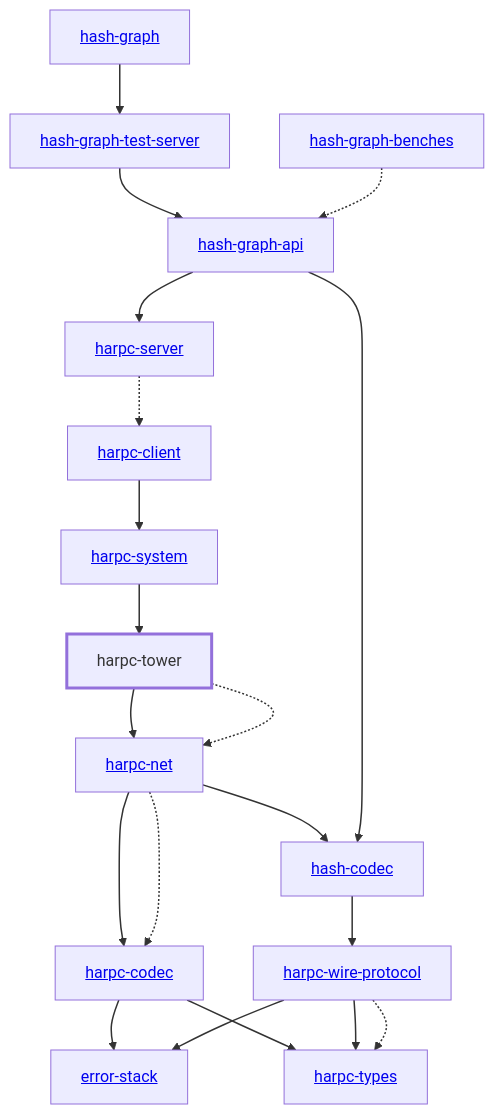
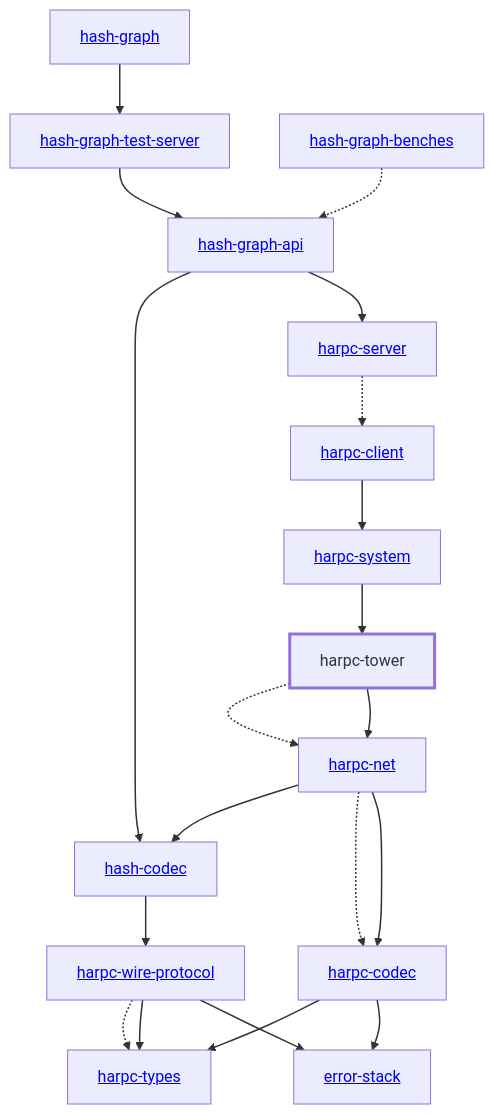
The diagram in libs/@local/harpc/tower/docs/dependency-diagram.mmd (hashintel/hash), drawn with Mermaid before and after one commit. The commit also changed 34 other files, not shown here.

Commit message:
chore: update dependency diagrams

```diff
--- a/libs/@local/harpc/tower/docs/dependency-diagram.mmd
+++ b/libs/@local/harpc/tower/docs/dependency-diagram.mmd
@@ -1,44 +1,44 @@
 graph TD
     linkStyle default stroke-width:1.5px
     classDef default stroke-width:1px
     classDef root stroke-width:3px
     classDef dev stroke-width:1px
     classDef build stroke-width:1px
     %% Legend
     %% --> : Normal dependency
     %% -.-> : Dev dependency
     %% ---> : Build dependency
-    0[harpc-tower]
-    class 0 root
-    1[<a href="../harpc_types/index.html">harpc-types</a>]
-    2[<a href="../harpc_wire_protocol/index.html">harpc-wire-protocol</a>]
-    3[<a href="../hash_codec/index.html">hash-codec</a>]
-    4[<a href="../hash_graph/index.html">hash-graph</a>]
-    5[<a href="../hash_graph_api/index.html">hash-graph-api</a>]
-    6[<a href="../hash_graph_test_server/index.html">hash-graph-test-server</a>]
-    7[<a href="../error_stack/index.html">error-stack</a>]
-    8[<a href="../hash_graph_benches/index.html">hash-graph-benches</a>]
-    9[<a href="../harpc_client/index.html">harpc-client</a>]
-    10[<a href="../harpc_codec/index.html">harpc-codec</a>]
-    11[<a href="../harpc_net/index.html">harpc-net</a>]
-    12[<a href="../harpc_server/index.html">harpc-server</a>]
-    13[<a href="../harpc_system/index.html">harpc-system</a>]
+    0[<a href="../hash_graph">hash-graph</a>]
+    1[<a href="../hash_codec">hash-codec</a>]
+    2[<a href="../hash_graph_api">hash-graph-api</a>]
+    3[<a href="../hash_graph_test_server">hash-graph-test-server</a>]
+    4[<a href="../harpc_client">harpc-client</a>]
+    5[<a href="../harpc_codec">harpc-codec</a>]
+    6[<a href="../harpc_net">harpc-net</a>]
+    7[<a href="../harpc_server">harpc-server</a>]
+    8[<a href="../harpc_system">harpc-system</a>]
+    9[harpc-tower]
+    class 9 root
+    10[<a href="../harpc_types">harpc-types</a>]
+    11[<a href="../harpc_wire_protocol">harpc-wire-protocol</a>]
+    12[<a href="../error_stack">error-stack</a>]
+    13[<a href="../hash_graph_benches">hash-graph-benches</a>]
+    0 --> 3
+    1 --> 11
+    2 --> 1
+    2 --> 7
+    3 --> 2
+    4 --> 8
+    5 --> 10
     5 --> 12
-    9 --> 13
-    10 --> 7
-    10 --> 1
+    6 --> 1
+    6 -.-> 5
+    6 --> 5
+    7 -.-> 4
+    8 --> 9
+    9 -.-> 6
+    9 --> 6
+    11 -.-> 10
     11 --> 10
-    11 --> 3
-    11 -.-> 10
-    12 -.-> 9
-    6 --> 5
-    13 --> 0
-    0 --> 11
-    0 -.-> 11
-    2 --> 7
-    2 --> 1
-    2 -.-> 1
-    3 --> 2
-    5 --> 3
-    4 --> 6
-    8 -.-> 5
+    11 --> 12
+    13 -.-> 2
```
